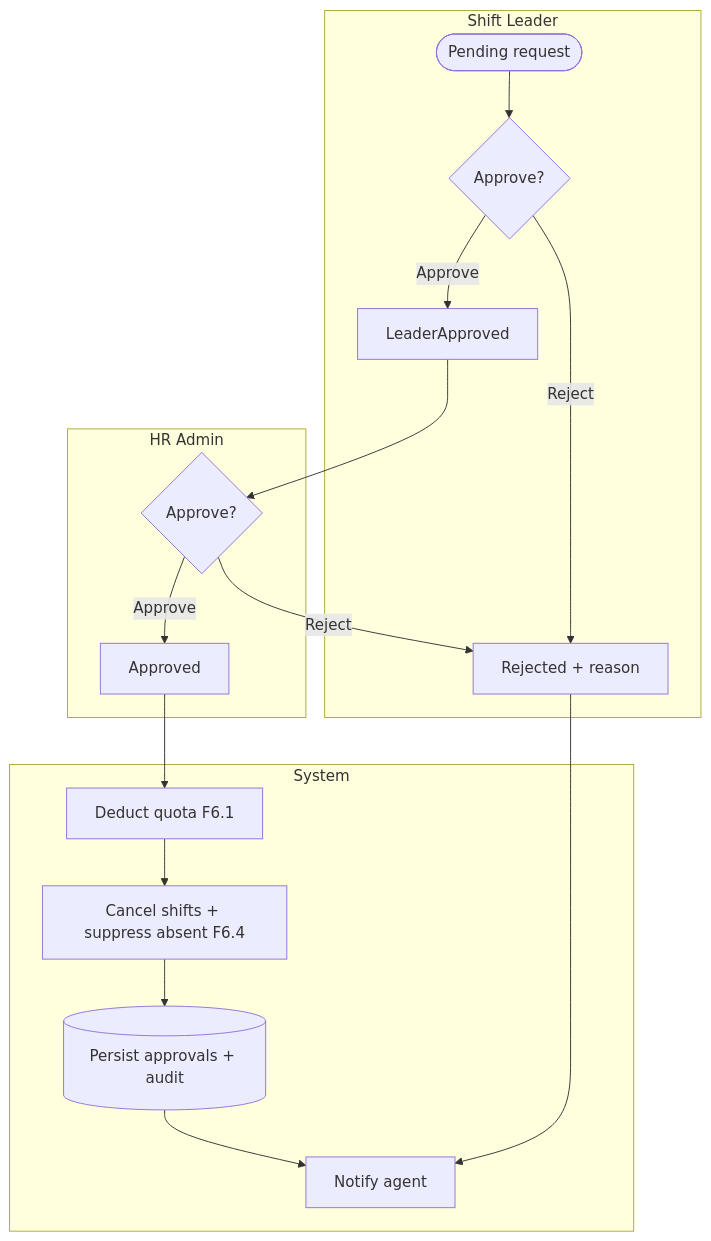
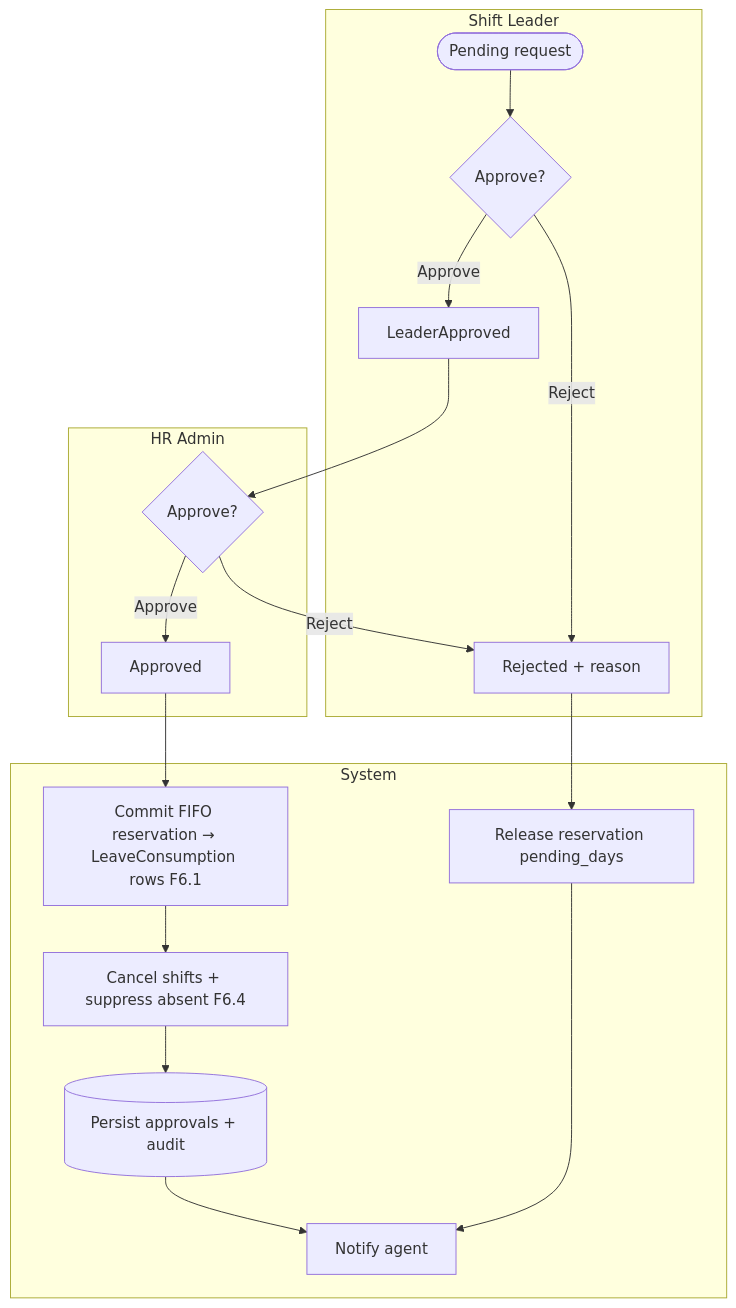
Before and after one commit to hariszaki17/hris-outsource: the fourth of 6 diagrams in docs/epics/E6-leave/FEATURE.md, drawn with Mermaid. The commit also changed other lines of this file and 43 other files, not shown here.

````diff
--- a/docs/epics/E6-leave/FEATURE.md
+++ b/docs/epics/E6-leave/FEATURE.md
@@ -148,20 +164,21 @@
 ```mermaid
 flowchart TD
     subgraph SL[Shift Leader]
         L1([Pending request]) --> L2{Approve?}
         L2 -- Reject --> R1[Rejected + reason]
         L2 -- Approve --> L3[LeaderApproved]
     end
     subgraph HR[HR Admin]
         L3 --> H1{Approve?}
         H1 -- Reject --> R1
         H1 -- Approve --> H2[Approved]
     end
     subgraph SYS[System]
-        H2 --> S1[Deduct quota F6.1]
+        H2 --> S1[Commit FIFO reservation → LeaveConsumption rows F6.1]
         S1 --> S2[Cancel shifts + suppress absent F6.4]
         S2 --> S3[(Persist approvals + audit)]
         S3 --> S4[Notify agent]
-        R1 --> S4
+        R1 --> S5[Release reservation pending_days]
+        S5 --> S4
     end
 ```
````
